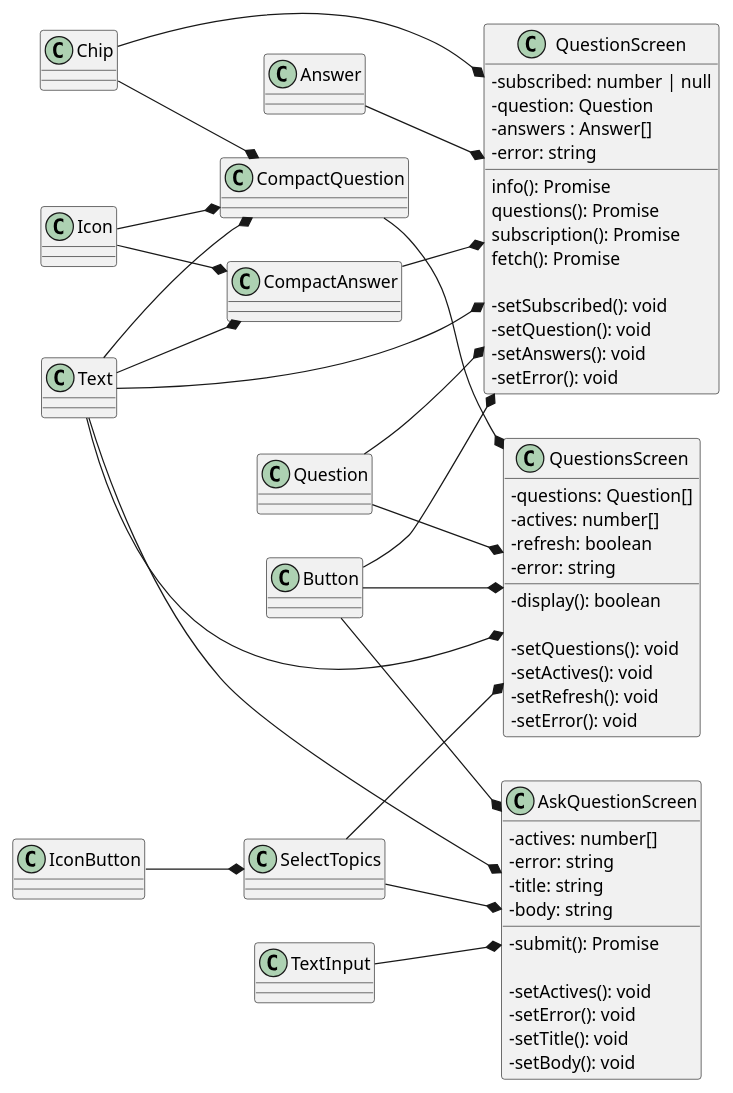
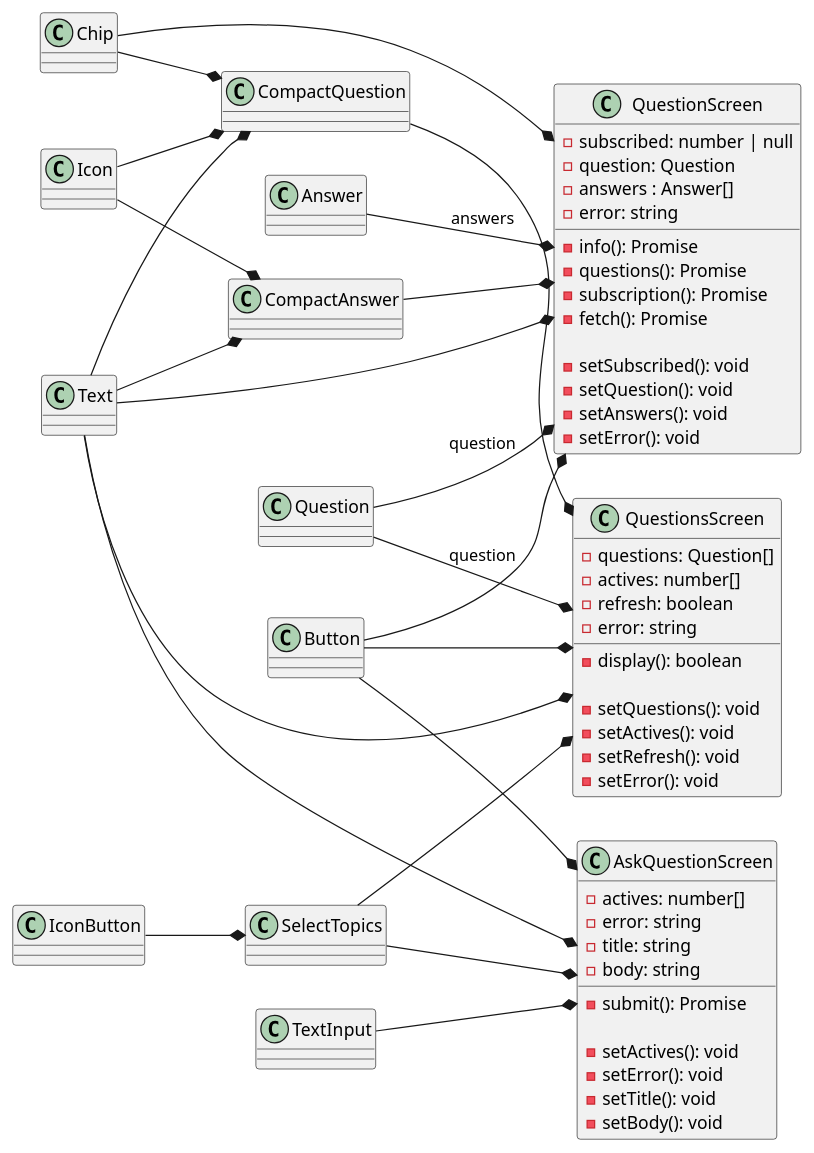
The diagram in Diagrams/Class_Diagrams/Frontend_Diagrams/Question.puml (Singh-Kiran-P/StuNet), drawn with PlantUML before and after one commit. The commit also changed 3 other files, not shown here.

Commit message:
Refactor frontend diagrams

```diff
--- a/Diagrams/Class_Diagrams/Frontend_Diagrams/Question.puml
+++ b/Diagrams/Class_Diagrams/Frontend_Diagrams/Question.puml
@@ -1,93 +1,92 @@
 @startuml Question
-skinparam classAttributeIconSize 0
 left to right direction
 
 class Question
 class Answer
 
 class QuestionScreen {
 	-subscribed: number | null
 	-question: Question
 	-answers : Answer[]
 	-error: string
 
-	info(): Promise
-	questions(): Promise
-	subscription(): Promise
-	fetch(): Promise
+	-info(): Promise
+	-questions(): Promise
+	-subscription(): Promise
+	-fetch(): Promise
 
 	-setSubscribed(): void
 	-setQuestion(): void
 	-setAnswers(): void
 	-setError(): void
 }
 
-Question --* QuestionScreen
-Answer --* QuestionScreen
+Question --* QuestionScreen: question
+Answer --* QuestionScreen: answers
 
 class QuestionsScreen {
 	-questions: Question[]
 	-actives: number[]
 	-refresh: boolean
 	-error: string
 
 	-display(): boolean
 
 	-setQuestions(): void
 	-setActives(): void
 	-setRefresh(): void
 	-setError(): void
 }
 
-Question --* QuestionsScreen
+Question --* QuestionsScreen: question
 
 class AskQuestionScreen {
 	-actives: number[]
 	-error: string
 	-title: string
 	-body: string
 
 	-submit(): Promise
 
 	-setActives(): void
 	-setError(): void
 	-setTitle(): void
 	-setBody(): void
 }
 
 class Text
 class Chip
 class TextInput
 class Button
 class CompactQuestion
 class CompactAnswer
 class SelectTopics
 class Icon
 class IconButton
 
 Text --* AskQuestionScreen
 TextInput --* AskQuestionScreen
 SelectTopics --* AskQuestionScreen
 Button --* AskQuestionScreen
 
 Text --* QuestionScreen
 Chip --* QuestionScreen
 Button --* QuestionScreen
 CompactAnswer --* QuestionScreen
 
 SelectTopics --* QuestionsScreen
 Button --* QuestionsScreen
 Text --* QuestionsScreen
 CompactQuestion --* QuestionsScreen
 
 Icon --* CompactQuestion
 Text --* CompactQuestion
 Chip --* CompactQuestion
 
 Icon --* CompactAnswer
 Text --* CompactAnswer
 
 IconButton --* SelectTopics
 
 
 @enduml
```
